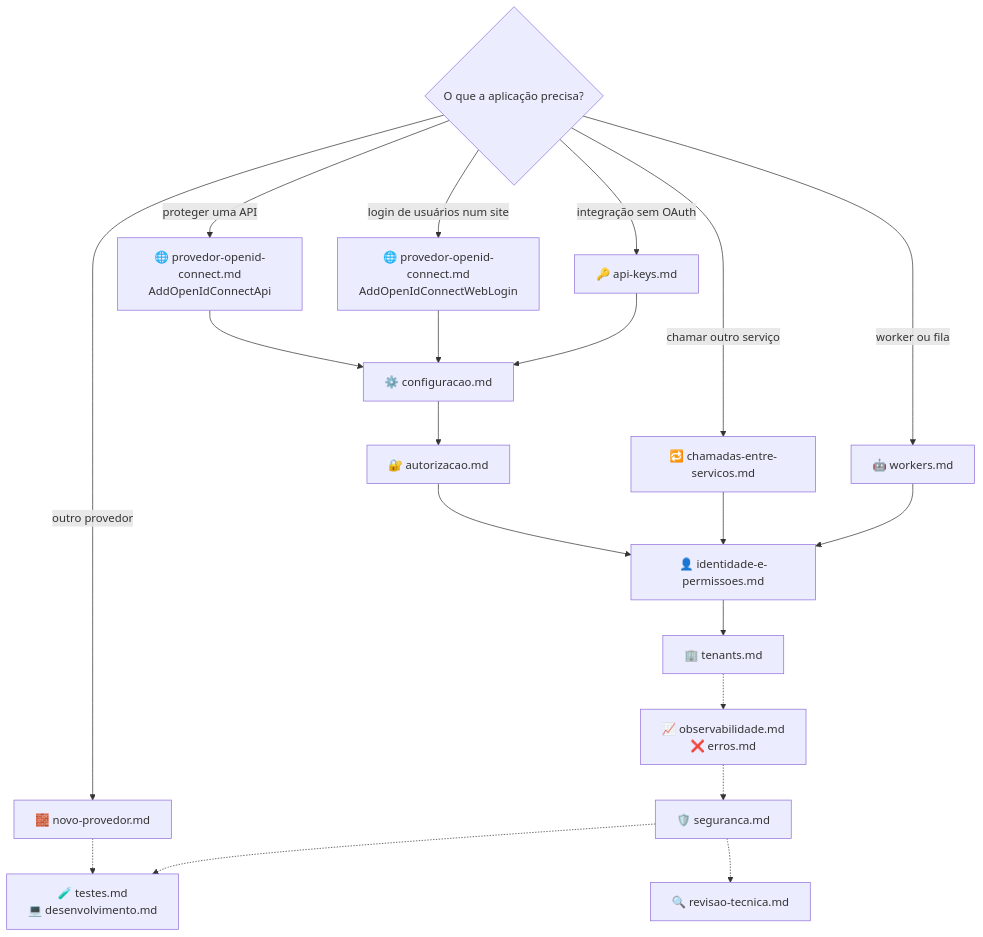
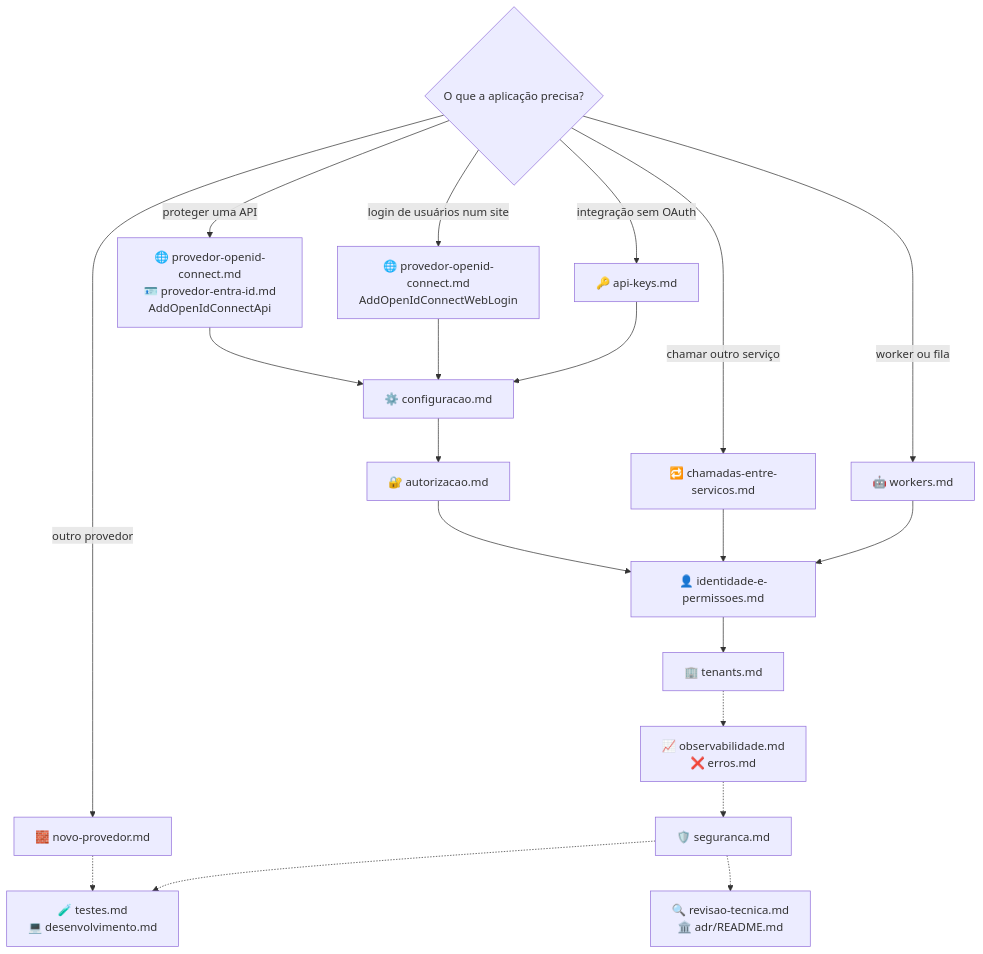
The diagram in docs/README.md (tudoemcodigo/lib-tec-security), drawn with Mermaid before and after one commit. The commit also changed other lines of this file and 37 other files, not shown here.

````diff
--- a/docs/README.md
+++ b/docs/README.md
@@ -45,19 +51,19 @@
 ```mermaid
 flowchart TD
-    Q{"O que a aplicação precisa?"} -->|"proteger uma API"| API["🌐 provedor-openid-connect.md<br/>AddOpenIdConnectApi"]
+    Q{"O que a aplicação precisa?"} -->|"proteger uma API"| API["🌐 provedor-openid-connect.md<br/>🪪 provedor-entra-id.md<br/>AddOpenIdConnectApi"]
     Q -->|"login de usuários num site"| WEB["🌐 provedor-openid-connect.md<br/>AddOpenIdConnectWebLogin"]
     Q -->|"integração sem OAuth"| KEY["🔑 api-keys.md"]
     Q -->|"chamar outro serviço"| SVC["🔁 chamadas-entre-servicos.md"]
     Q -->|"worker ou fila"| WRK["🤖 workers.md"]
     Q -->|"outro provedor"| NEW["🧱 novo-provedor.md"]
     API & WEB & KEY --> CFG["⚙️ configuracao.md"]
     CFG --> AUT["🔐 autorizacao.md"]
     AUT --> ID["👤 identidade-e-permissoes.md"]
     ID --> TEN["🏢 tenants.md"]
     SVC & WRK --> ID
     TEN -.-> OPS["📈 observabilidade.md<br/>❌ erros.md"]
     OPS -.-> SEG["🛡️ seguranca.md"]
     NEW -.-> TST["🧪 testes.md<br/>💻 desenvolvimento.md"]
     SEG -.-> TST
-    SEG -.-> REV["🔍 revisao-tecnica.md"]
+    SEG -.-> REV["🔍 revisao-tecnica.md<br/>🏛️ adr/README.md"]
 ```
````
